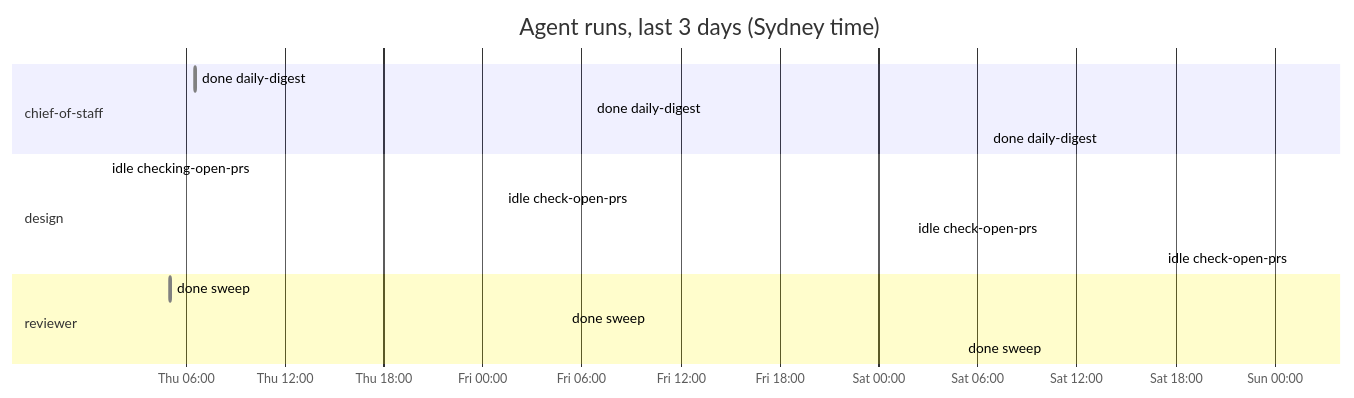
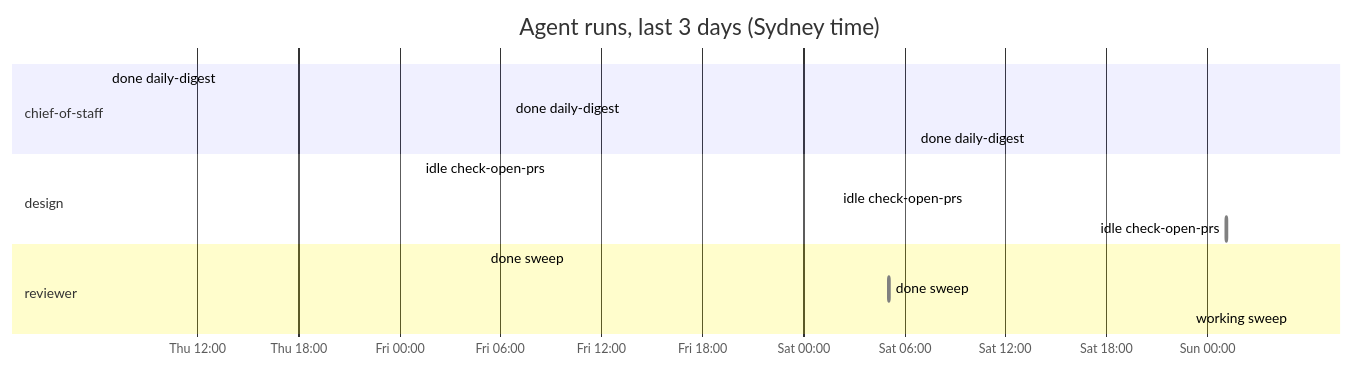
The diagram in dashboard.md (roulmediateam-byte/fifteen-expert-hq), drawn with Mermaid before and after one commit. The commit also changed other lines of this file and 1 other file, not shown here.

````diff
--- a/dashboard.md
+++ b/dashboard.md
@@ -40,19 +40,18 @@
 ```mermaid
 gantt
     title Agent runs, last 3 days (Sydney time)
     dateFormat YYYY-MM-DD HH:mm
     axisFormat %a %H:%M
     section chief-of-staff
     done daily-digest :done, 2026-11-12 06:35, 2026-11-12 06:36
     done daily-digest :done, 2026-11-13 06:34, 2026-11-13 06:36
     done daily-digest :done, 2026-11-14 06:35, 2026-11-14 06:36
     section design
-    idle checking-open-prs :done, 2026-11-12 01:11, 2026-11-12 01:12
     idle check-open-prs :done, 2026-11-13 01:11, 2026-11-13 01:11
     idle check-open-prs :done, 2026-11-14 02:01, 2026-11-14 02:02
     idle check-open-prs :done, 2026-11-15 01:08, 2026-11-15 01:09
     section reviewer
-    done sweep :done, 2026-11-12 05:05, 2026-11-12 05:06
     done sweep :done, 2026-11-13 05:05, 2026-11-13 05:05
     done sweep :done, 2026-11-14 05:05, 2026-11-14 05:06
+    working sweep :active, 2026-11-15 05:07, 2026-11-15 05:07
 ```
````
